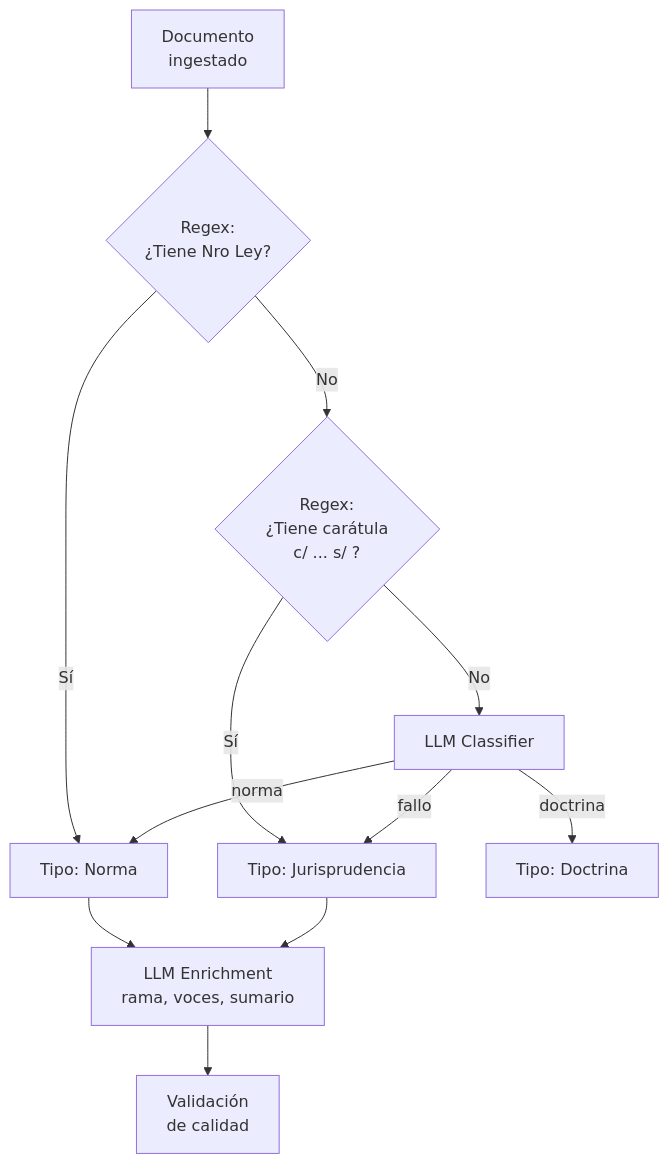
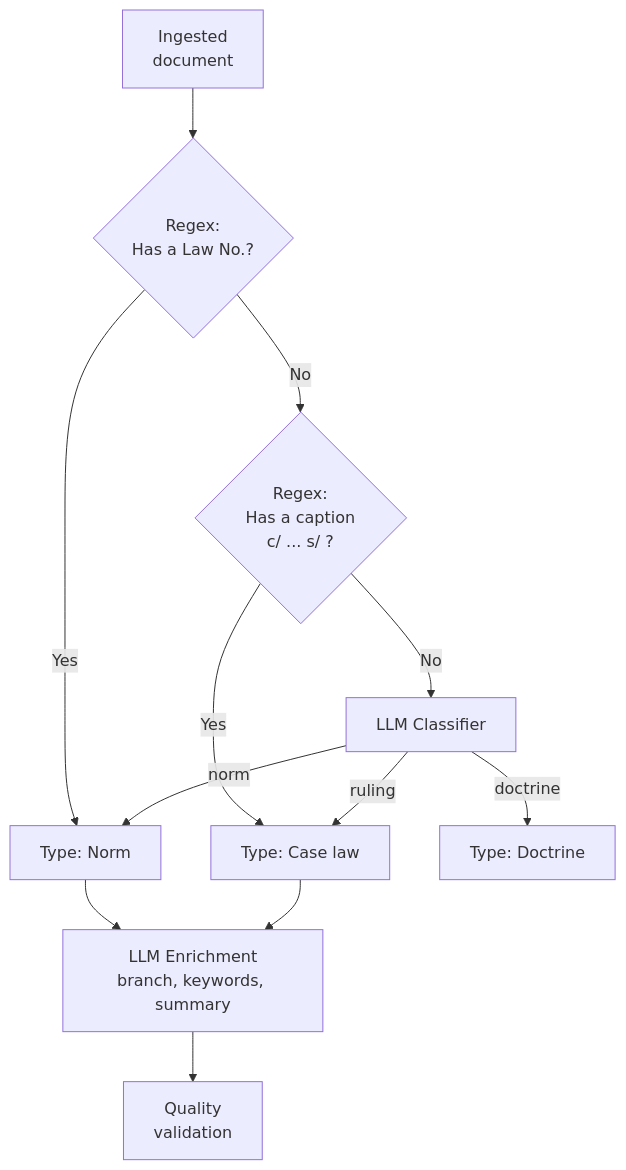
Before and after one commit to pablonux/legal-ai-ar: the first of 2 diagrams in docs/technical/04-ingestion-processing.md, drawn with Mermaid. The commit also changed other lines of this file, not shown here.

````diff
--- a/docs/technical/04-ingestion-processing.md
+++ b/docs/technical/04-ingestion-processing.md
@@ -92,16 +94,16 @@
 ```mermaid
 flowchart TB
-    DOC[Documento<br/>ingestado] --> R1{Regex:<br/>¿Tiene Nro Ley?}
-    R1 -->|Sí| NORMA[Tipo: Norma]
-    R1 -->|No| R2{Regex:<br/>¿Tiene carátula<br/>c/ ... s/ ?}
-    R2 -->|Sí| JURISP[Tipo: Jurisprudencia]
+    DOC[Ingested<br/>document] --> R1{Regex:<br/>Has a Law No.?}
+    R1 -->|Yes| NORMA[Type: Norm]
+    R1 -->|No| R2{Regex:<br/>Has a caption<br/>c/ ... s/ ?}
+    R2 -->|Yes| JURISP[Type: Case law]
     R2 -->|No| LLM_C[LLM Classifier]
-    
-    NORMA --> LLM_E[LLM Enrichment<br/>rama, voces, sumario]
+
+    NORMA --> LLM_E[LLM Enrichment<br/>branch, keywords, summary]
     JURISP --> LLM_E
-    LLM_C -->|doctrina| DOCT[Tipo: Doctrina]
-    LLM_C -->|norma| NORMA
-    LLM_C -->|fallo| JURISP
-    
-    LLM_E --> VALID[Validación<br/>de calidad]
+    LLM_C -->|doctrine| DOCT[Type: Doctrine]
+    LLM_C -->|norm| NORMA
+    LLM_C -->|ruling| JURISP
+
+    LLM_E --> VALID[Quality<br/>validation]
 ```
````
